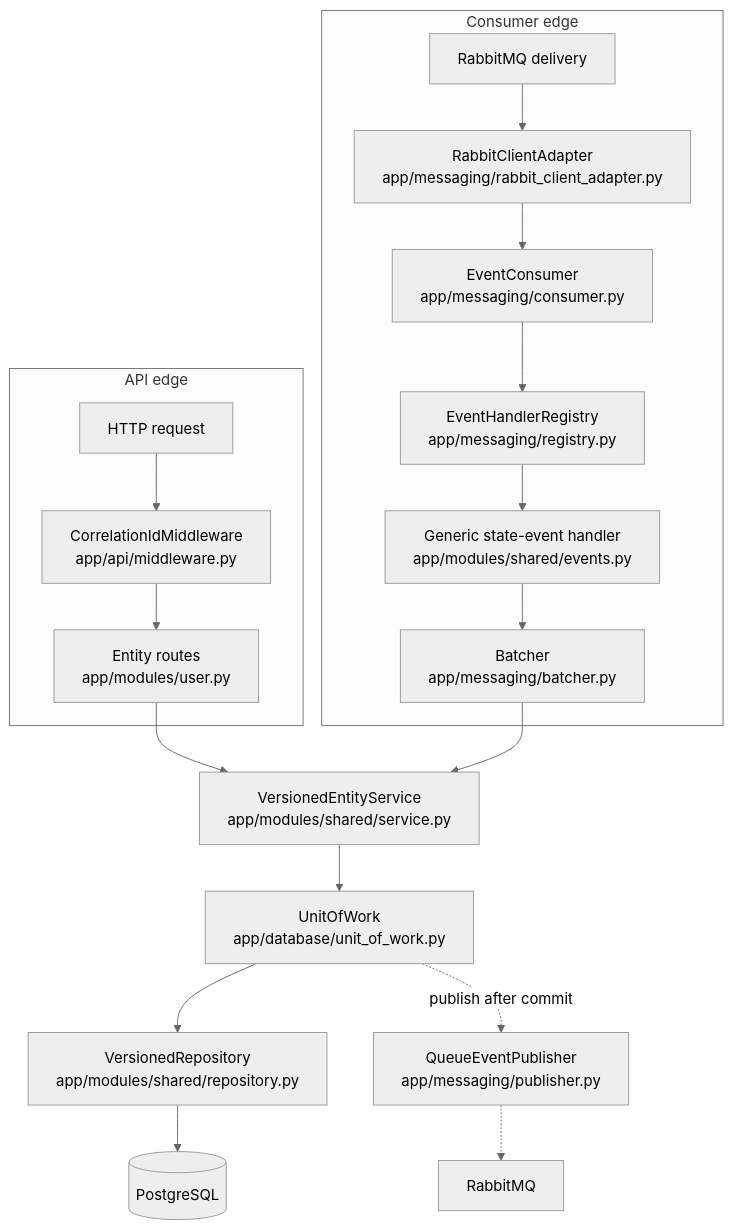
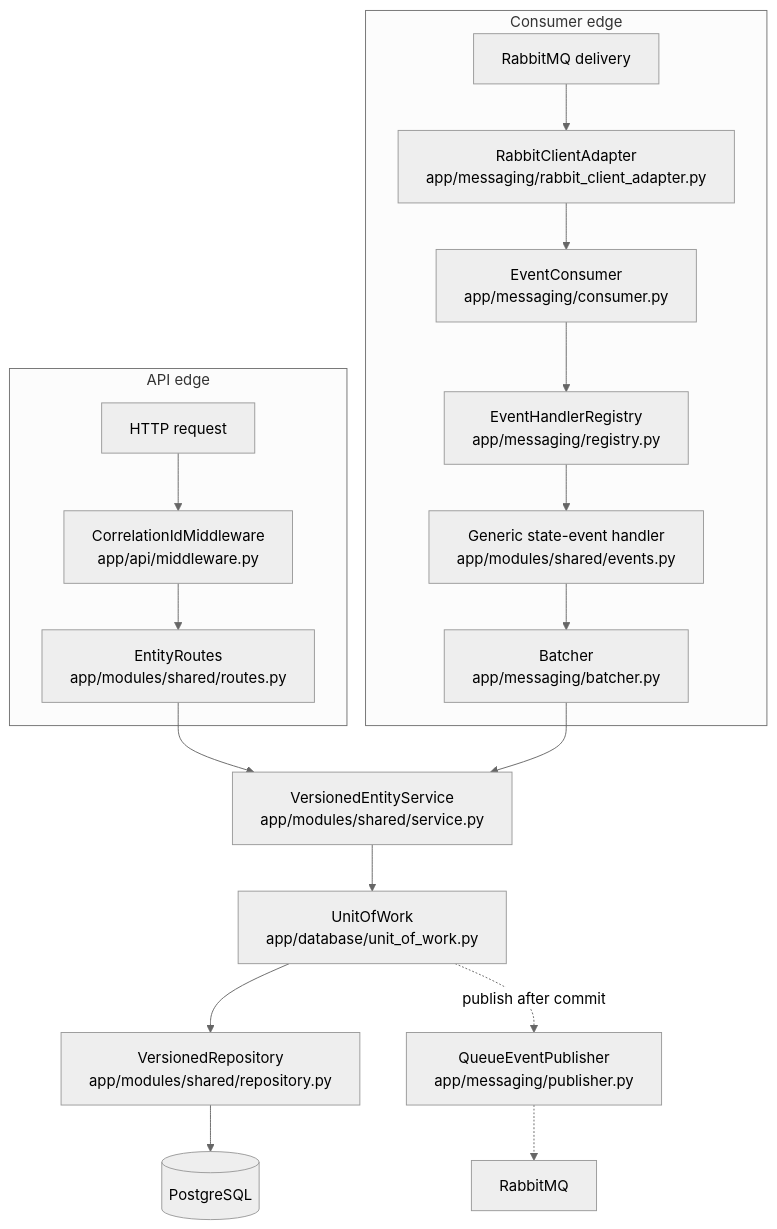
Before and after one commit to kafuexe/RabbitSpeedTest: the first of 2 diagrams in shared_data_service/onboarding/03-architecture-tour.md, drawn with Mermaid (neutral theme). The commit also changed other lines of this file and 10 other files, not shown here.

````diff
--- a/shared_data_service/onboarding/03-architecture-tour.md
+++ b/shared_data_service/onboarding/03-architecture-tour.md
@@ -14,21 +14,21 @@
 ```mermaid
 flowchart TB
     subgraph API edge
         H[HTTP request] --> M[CorrelationIdMiddleware<br/>app/api/middleware.py]
-        M --> R[Entity routes<br/>app/modules/user.py]
+        M --> R[EntityRoutes<br/>app/modules/shared/routes.py]
     end
     subgraph Consumer edge
         Q[RabbitMQ delivery] --> S[RabbitClientAdapter<br/>app/messaging/rabbit_client_adapter.py]
         S --> C[EventConsumer<br/>app/messaging/consumer.py]
         C --> G[EventHandlerRegistry<br/>app/messaging/registry.py]
         G --> E[Generic state-event handler<br/>app/modules/shared/events.py]
         E --> B2[Batcher<br/>app/messaging/batcher.py]
     end
     R --> BUS[VersionedEntityService<br/>app/modules/shared/service.py]
     B2 --> BUS
     BUS --> U[UnitOfWork<br/>app/database/unit_of_work.py]
     U --> RP[VersionedRepository<br/>app/modules/shared/repository.py]
     RP --> PG[(PostgreSQL)]
     U -.publish after commit.-> P[QueueEventPublisher<br/>app/messaging/publisher.py]
     P -.-> Q2[RabbitMQ]
 ```
````
